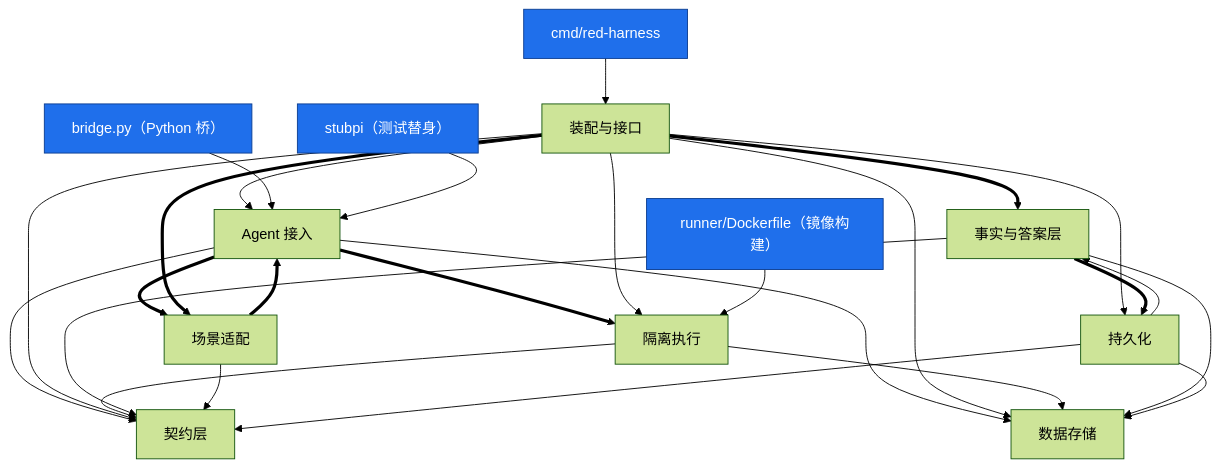
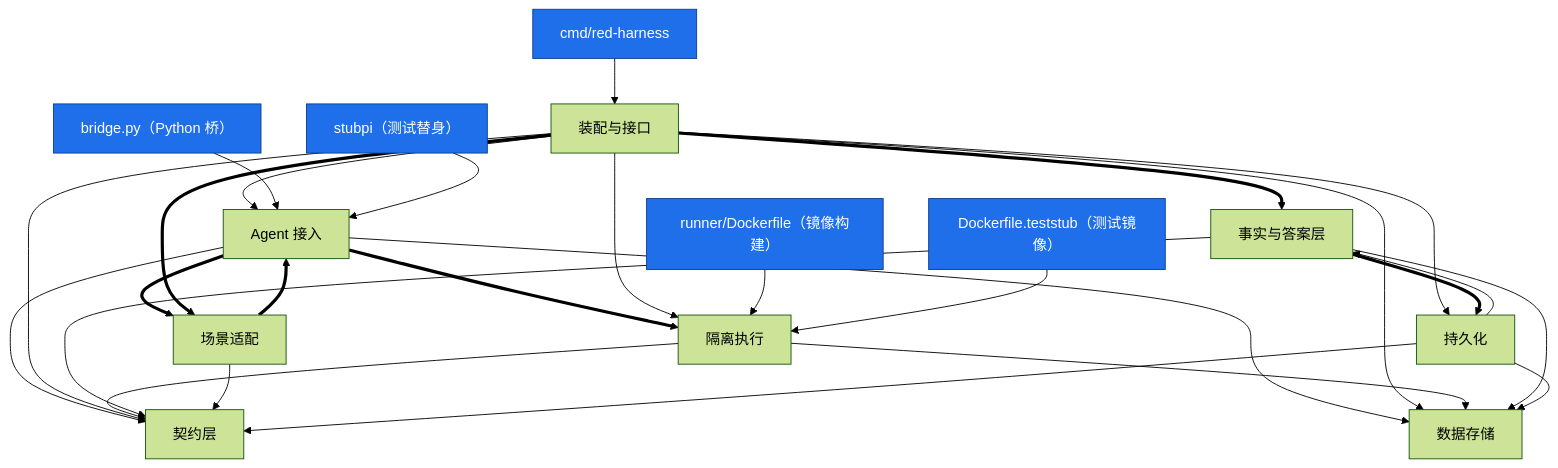
One commit to red-copilot/red-harness changed the diagram in analysis/red-harness/call-graph.mmd. Above: the diagram before and after it, drawn with Mermaid (forest theme). The commit also changed 5 other files, not shown here.

```diff
--- a/analysis/red-harness/call-graph.mmd
+++ b/analysis/red-harness/call-graph.mmd
@@ -1,43 +1,45 @@
 graph TD
   %% 域级调用图（由 extract_topology.py 生成）。
   %% ==> dispatch：动态派发/注入，只看 import 是看不见的。
   %% 蓝色 = 入口点（来自部署/构建描述，不是源码里的可达性）。
   n_dom_contract["契约层"]
   n_dom_reasoning["事实与答案层"]
   n_dom_store["持久化"]
   n_dom_execution["隔离执行"]
   n_dom_agent["Agent 接入"]
   n_dom_scenario["场景适配"]
   n_dom_composition["装配与接口"]
   n_dom_data["数据存储"]
   n_bridge_bridge_py["bridge.py（Python 桥）"]
   n_cmd_red_harness["cmd/red-harness"]
   n_piai_testdata_stubpi["stubpi（测试替身）"]
   n_runner_Dockerfile["runner/Dockerfile（镜像构建）"]
+  n_runner_Dockerfile_teststub["Dockerfile.teststub（测试镜像）"]
   n_dom_agent --> n_dom_contract
   n_dom_agent --> n_dom_data
   n_dom_agent ==> n_dom_execution
   n_dom_agent ==> n_dom_scenario
   n_dom_composition --> n_dom_agent
   n_dom_composition --> n_dom_contract
   n_dom_composition --> n_dom_data
   n_dom_composition --> n_dom_execution
   n_dom_composition ==> n_dom_reasoning
   n_dom_composition ==> n_dom_scenario
   n_dom_composition --> n_dom_store
   n_dom_execution --> n_dom_contract
   n_dom_execution --> n_dom_data
   n_dom_reasoning --> n_dom_contract
   n_dom_reasoning --> n_dom_data
   n_dom_reasoning ==> n_dom_store
   n_dom_scenario ==> n_dom_agent
   n_dom_scenario --> n_dom_contract
   n_dom_store --> n_dom_contract
   n_dom_store --> n_dom_data
   n_dom_store --> n_dom_reasoning
   n_bridge_bridge_py --> n_dom_agent
   n_cmd_red_harness --> n_dom_composition
   n_piai_testdata_stubpi --> n_dom_agent
   n_runner_Dockerfile --> n_dom_execution
+  n_runner_Dockerfile_teststub --> n_dom_execution
   classDef entry fill:#1f6feb,stroke:#0b3d91,color:#fff
-  class n_bridge_bridge_py,n_cmd_red_harness,n_piai_testdata_stubpi,n_runner_Dockerfile entry
+  class n_bridge_bridge_py,n_cmd_red_harness,n_piai_testdata_stubpi,n_runner_Dockerfile,n_runner_Dockerfile_teststub entry
```
